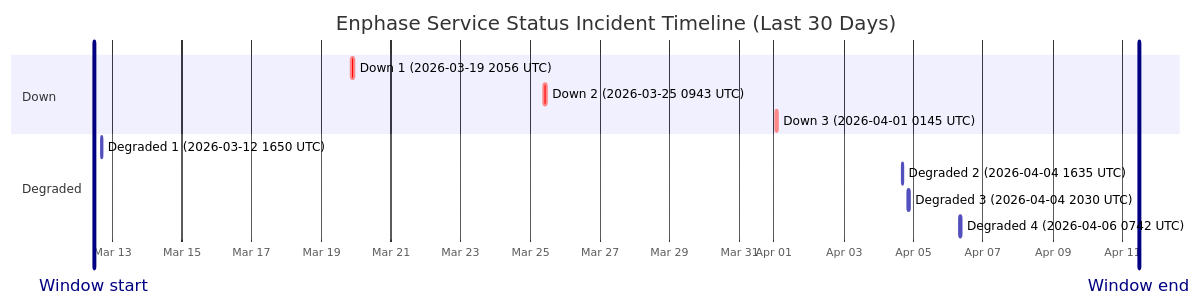
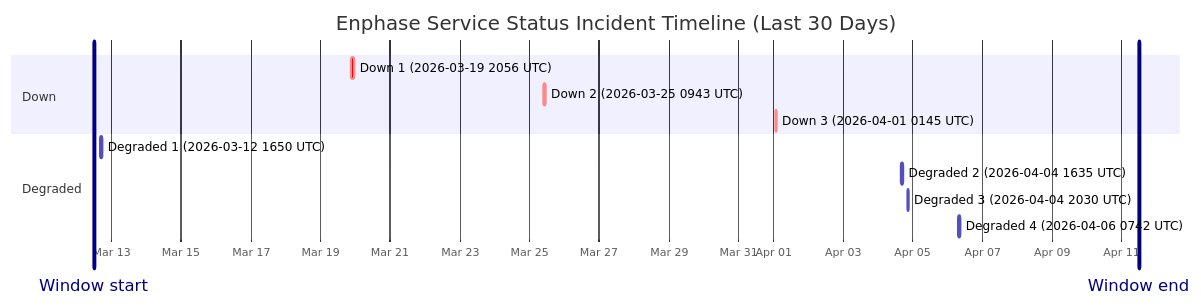
One commit to barneyonline/ha-enphase-ev-charger changed the diagram in wiki/Service-Status-History.md. Above: the diagram before and after it, drawn with Mermaid. The commit also changed other lines of this file and 3 other files, not shown here.

````diff
--- a/wiki/Service-Status-History.md
+++ b/wiki/Service-Status-History.md
@@ -14,17 +14,17 @@
 ```mermaid
 gantt
     title Enphase Service Status Incident Timeline (Last 30 Days)
     dateFormat  YYYY-MM-DDTHH:mm:ss
     axisFormat  %b %d
-    Window start :vert, window-start, 2026-03-12T11:29:33, 0ms
-    Window end :vert, window-end, 2026-04-11T11:29:33, 0ms
+    Window start :vert, window-start, 2026-03-12T11:55:56, 0ms
+    Window end :vert, window-end, 2026-04-11T11:55:56, 0ms
     section Down
     Down 1 (2026-03-19 2056 UTC) :crit, down-1, 2026-03-19T20:56:20, 145m
     Down 2 (2026-03-25 0943 UTC) :crit, down-2, 2026-03-25T09:43:28, 111m
     Down 3 (2026-04-01 0145 UTC) :crit, down-3, 2026-04-01T01:45:09, 60m
     section Degraded
     Degraded 1 (2026-03-12 1650 UTC) :active, degraded-1, 2026-03-12T16:50:43, 60m
     Degraded 2 (2026-04-04 1635 UTC) :active, degraded-2, 2026-04-04T16:35:17, 60m
     Degraded 3 (2026-04-04 2030 UTC) :active, degraded-3, 2026-04-04T20:30:40, 60m
     Degraded 4 (2026-04-06 0742 UTC) :active, degraded-4, 2026-04-06T07:42:09, 85m
 ```
````
